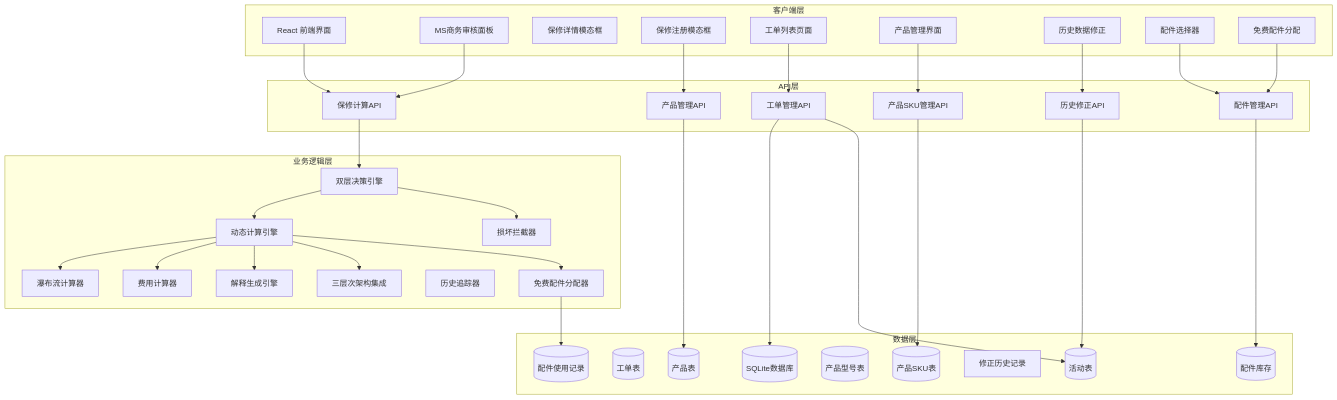
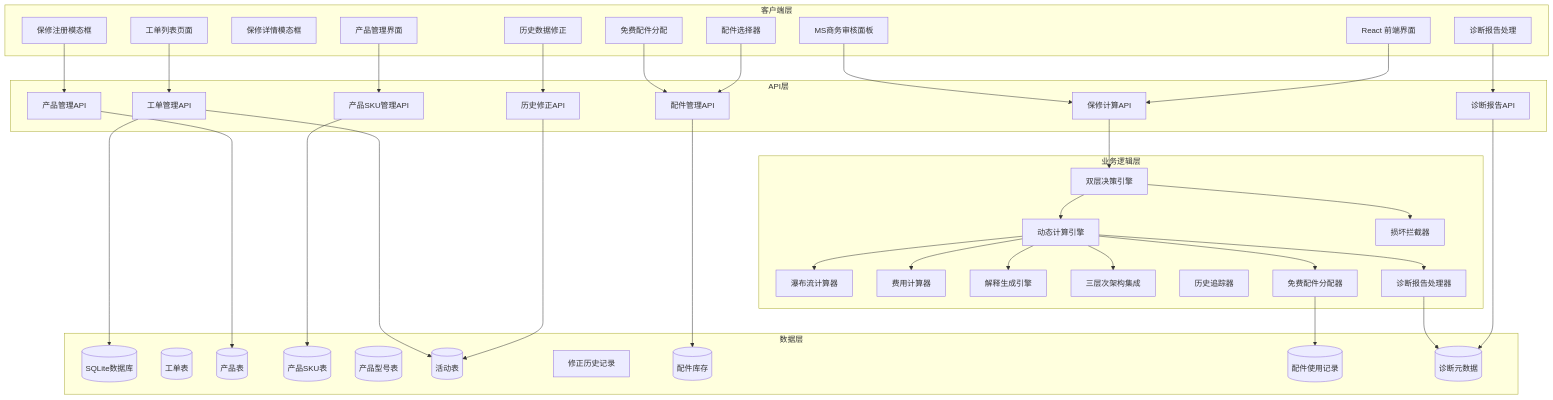
One commit to CubeEdge/Longhorn changed the first of 8 diagrams in .qoder/repowiki/zh/content/前端组件架构/服务工作流增强/保修管理系统.md. Above: the diagram before and after it, drawn with Mermaid. The commit also changed other lines of this file and 29 other files, not shown here.

````diff
--- a/.qoder/repowiki/zh/content/前端组件架构/服务工作流增强/保修管理系统.md
+++ b/.qoder/repowiki/zh/content/前端组件架构/服务工作流增强/保修管理系统.md
@@ -67,67 +69,75 @@
 ```mermaid
 graph TB
 subgraph "客户端层"
 UI[React 前端界面]
 MSReviewPanel[MS商务审核面板]
 WarrantyDetailModal[保修详情模态框]
 Registration[保修注册模态框]
 List[工单列表页面]
 ProductManagement[产品管理界面]
 HistoryCorrection[历史数据修正]
 PartsSelector[配件选择器]
 FreePartsAllocation[免费配件分配]
+DiagnosticReport[诊断报告处理]
 end
 subgraph "API层"
 WarrantyAPI[保修计算API]
 ProductAPI[产品管理API]
 TicketAPI[工单管理API]
 ProductSKUAPI[产品SKU管理API]
 HistoryAPI[历史修正API]
 PartsAPI[配件管理API]
+DiagnosticAPI[诊断报告API]
 end
 subgraph "业务逻辑层"
 DualLayerEngine[双层决策引擎]
 DynamicEngine[动态计算引擎]
 DamageInterceptor[损坏拦截器]
 WaterfallCalculator[瀑布流计算器]
 CostCalculator[费用计算器]
 ExplanationEngine[解释生成引擎]
 ThreeTierIntegration[三层次架构集成]
 HistoryTracker[历史追踪器]
 FreePartsAllocator[免费配件分配器]
+DiagnosticProcessor[诊断报告处理器]
 end
 subgraph "数据层"
 SQLite[(SQLite数据库)]
 WarrantyTable[(工单表)]
 ProductTable[(产品表)]
 ProductSKU[(产品SKU表)]
 ProductModel[(产品型号表)]
 ActivityTable[(活动表)]
 CorrectionHistory[修正历史记录]
 PartsInventory[(配件库存)]
 PartsUsage[(配件使用记录)]
+DiagnosticMetadata[(诊断元数据)]
 end
 UI --> WarrantyAPI
 MSReviewPanel --> WarrantyAPI
 Registration --> ProductAPI
 List --> TicketAPI
 ProductManagement --> ProductSKUAPI
 HistoryCorrection --> HistoryAPI
 PartsSelector --> PartsAPI
 FreePartsAllocation --> PartsAPI
+DiagnosticReport --> DiagnosticAPI
 WarrantyAPI --> DualLayerEngine
 ProductAPI --> ProductTable
 TicketAPI --> SQLite
 ProductSKUAPI --> ProductSKU
 HistoryAPI --> ActivityTable
 PartsAPI --> PartsInventory
+DiagnosticAPI --> DiagnosticMetadata
 DualLayerEngine --> DynamicEngine
 DualLayerEngine --> DamageInterceptor
 DynamicEngine --> WaterfallCalculator
 DynamicEngine --> CostCalculator
 DynamicEngine --> ExplanationEngine
 DynamicEngine --> ThreeTierIntegration
 DynamicEngine --> FreePartsAllocator
+DynamicEngine --> DiagnosticProcessor
 FreePartsAllocator --> PartsUsage
+DiagnosticProcessor --> DiagnosticMetadata
 TicketAPI --> ActivityTable
 ```
````
